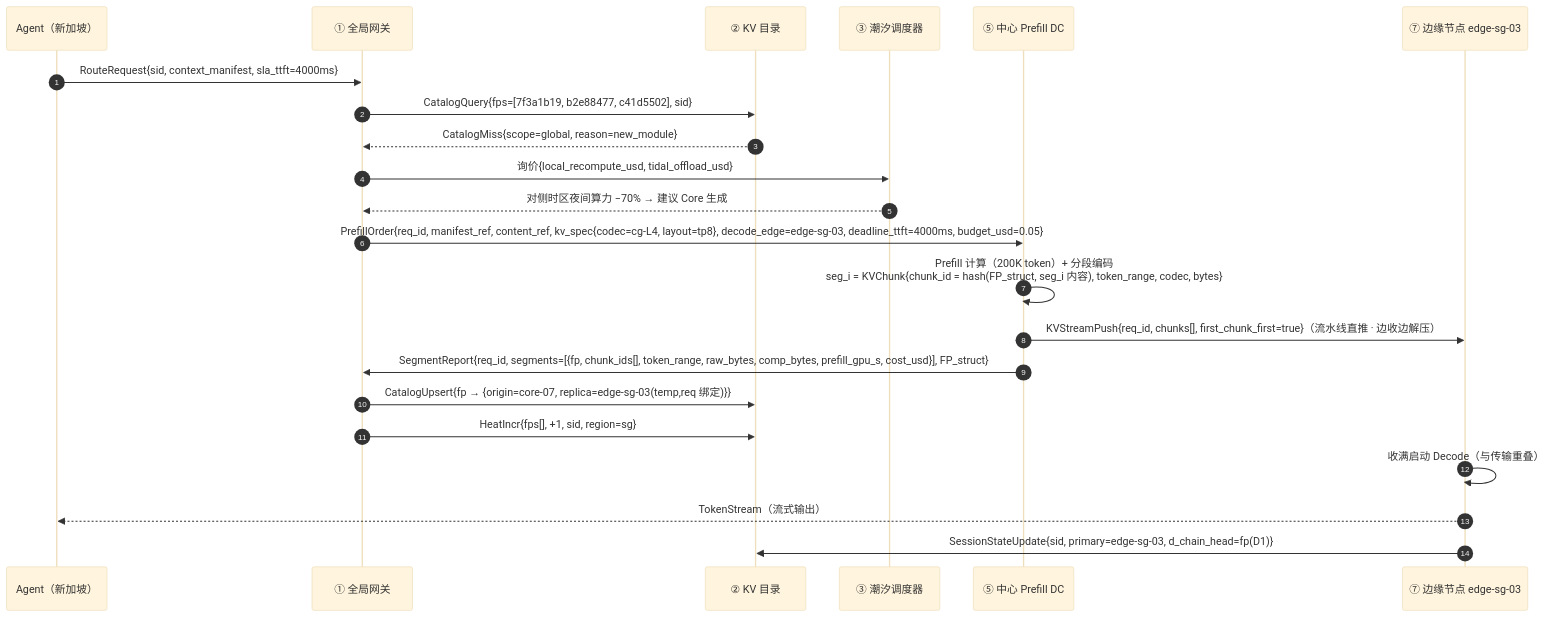
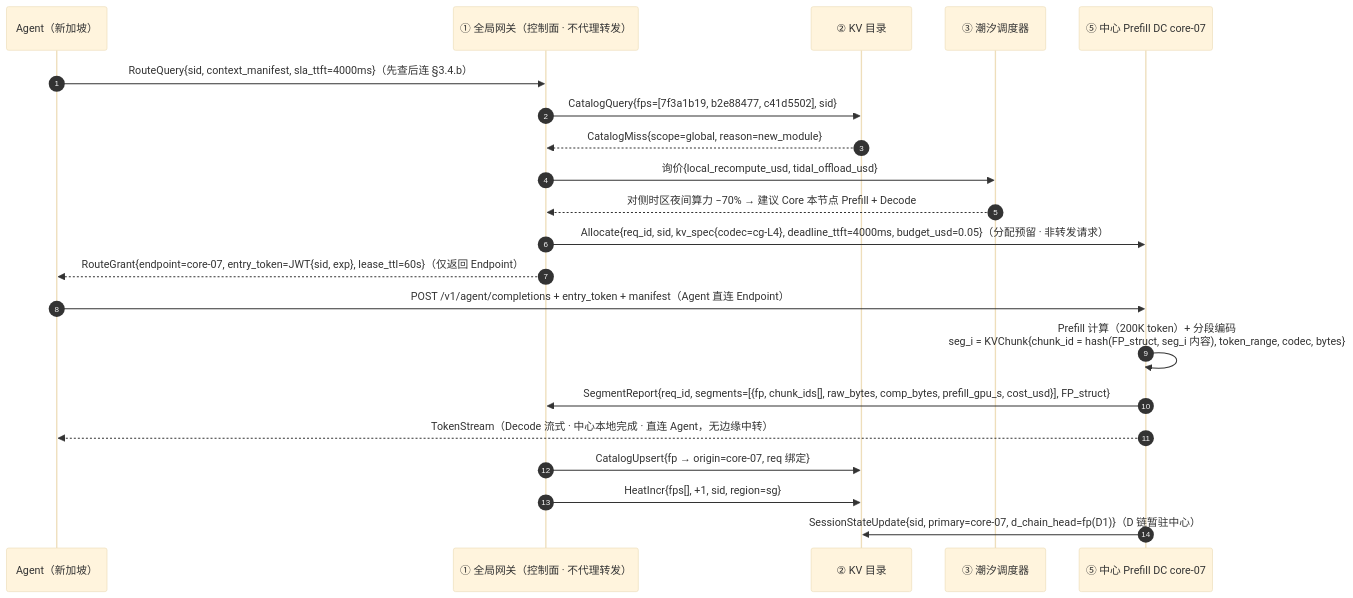
One commit to asml125-sketch/KVCacheCDNSolution changed the third of 7 diagrams in KV Cache CDN 解决方案构想报告（完整版V3）.md. Above: the diagram before and after it, drawn with Mermaid (base theme). The commit also changed other lines of this file and 1 other file, not shown here.

````diff
--- a/KV Cache CDN 解决方案构想报告（完整版V3）.md
+++ b/KV Cache CDN 解决方案构想报告（完整版V3）.md
@@ -559,24 +572,23 @@
 ```mermaid
 sequenceDiagram
     autonumber
     participant A as Agent（新加坡）
-    participant GW as ① 全局网关
+    participant GW as ① 全局网关（控制面 · 不代理转发）
     participant CAT as ② KV 目录
     participant T as ③ 潮汐调度器
-    participant Core as ⑤ 中心 Prefill DC
-    participant E as ⑦ 边缘节点 edge-sg-03
-    A->>GW: RouteRequest{sid, context_manifest, sla_ttft=4000ms}
+    participant Core as ⑤ 中心 Prefill DC core-07
+    A->>GW: RouteQuery{sid, context_manifest, sla_ttft=4000ms}（先查后连 §3.4.b）
     GW->>CAT: CatalogQuery{fps=[7f3a1b19, b2e88477, c41d5502], sid}
     CAT-->>GW: CatalogMiss{scope=global, reason=new_module}
     GW->>T: 询价{local_recompute_usd, tidal_offload_usd}
-    T-->>GW: 对侧时区夜间算力 −70% → 建议 Core 生成
-    GW->>Core: PrefillOrder{req_id, manifest_ref, content_ref, kv_spec{codec=cg-L4, layout=tp8}, decode_edge=edge-sg-03, deadline_ttft=4000ms, budget_usd=0.05}
+    T-->>GW: 对侧时区夜间算力 −70% → 建议 Core 本节点 Prefill + Decode
+    GW->>Core: Allocate{req_id, sid, kv_spec{codec=cg-L4}, deadline_ttft=4000ms, budget_usd=0.05}（分配预留 · 非转发请求）
+    GW-->>A: RouteGrant{endpoint=core-07, entry_token=JWT{sid, exp}, lease_ttl=60s}（仅返回 Endpoint）
+    A->>Core: POST /v1/agent/completions + entry_token + manifest（Agent 直连 Endpoint）
     Core->>Core: Prefill 计算（200K token）+ 分段编码<br/>seg_i = KVChunk{chunk_id = hash(FP_struct, seg_i 内容), token_range, codec, bytes}
-    Core->>E: KVStreamPush{req_id, chunks[], first_chunk_first=true}（流水线直推 · 边收边解压）
-    Core->>GW: SegmentReport{req_id, segments=[{fp, chunk_ids[], token_range, raw_bytes, comp_bytes, prefill_gpu_s, cost_usd}], FP_struct}
-    GW->>CAT: CatalogUpsert{fp → {origin=core-07, replica=edge-sg-03(temp,req 绑定)}}
+    Core->>GW: SegmentReport{req_id, segments=[{fp, chunk_ids[], raw_bytes, comp_bytes, prefill_gpu_s, cost_usd}], FP_struct}
+    Core-->>A: TokenStream（Decode 流式 · 中心本地完成 · 直连 Agent，无边缘中转）
+    GW->>CAT: CatalogUpsert{fp → origin=core-07, req 绑定}
     GW->>CAT: HeatIncr{fps[], +1, sid, region=sg}
-    E->>E: 收满启动 Decode（与传输重叠）
-    E-->>A: TokenStream（流式输出）
-    E->>CAT: SessionStateUpdate{sid, primary=edge-sg-03, d_chain_head=fp(D1)}
+    Core->>CAT: SessionStateUpdate{sid, primary=core-07, d_chain_head=fp(D1)}（D 链暂驻中心）
 ```
````
